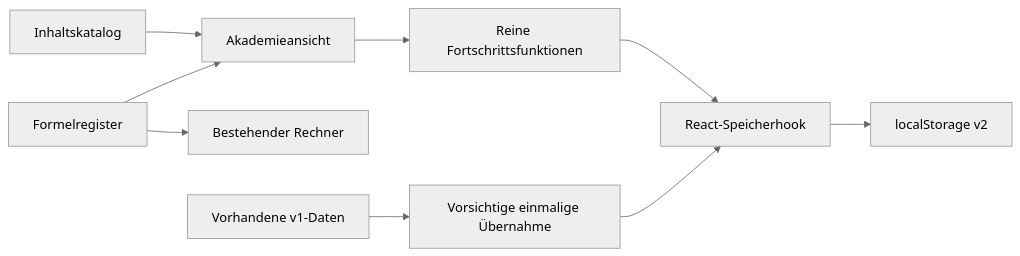
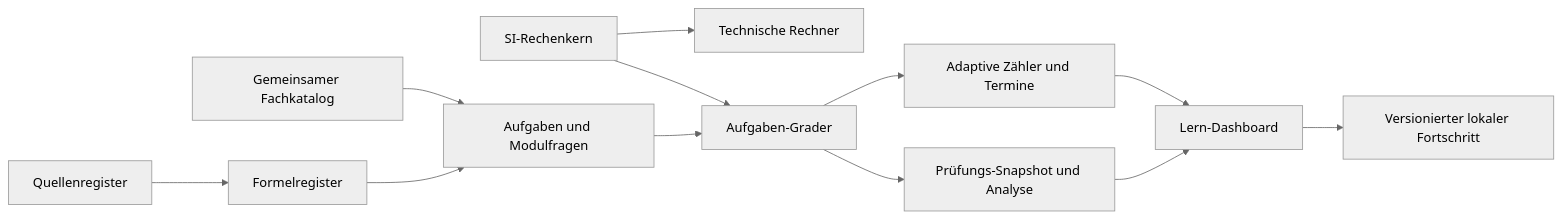
The diagram in docs/ARCHITECTURE.md (r9pkf99dhg-blip/kaeltemeister-pro), drawn with Mermaid (neutral theme) before and after one commit. The commit also changed other lines of this file and 11 other files, not shown here.

````diff
--- a/docs/ARCHITECTURE.md
+++ b/docs/ARCHITECTURE.md
@@ -40,11 +39,14 @@
 ```mermaid
 flowchart LR
-  D[Inhaltskatalog] --> A[Akademieansicht]
-  F[Formelregister] --> A
-  F --> C[Bestehender Rechner]
-  A --> P[Reine Fortschrittsfunktionen]
-  P --> H[React-Speicherhook]
-  H --> V2[localStorage v2]
-  V1[Vorhandene v1-Daten] --> M[Vorsichtige einmalige Übernahme]
-  M --> H
+  K[Gemeinsamer Fachkatalog] --> T[Aufgaben und Modulfragen]
+  F[Formelregister] --> T
+  S[Quellenregister] --> F
+  C[SI-Rechenkern] --> R[Technische Rechner]
+  C --> G[Aufgaben-Grader]
+  T --> G
+  G --> A[Adaptive Zähler und Termine]
+  G --> E[Prüfungs-Snapshot und Analyse]
+  A --> D[Lern-Dashboard]
+  E --> D
+  D --> P[Versionierter lokaler Fortschritt]
 ```
````
